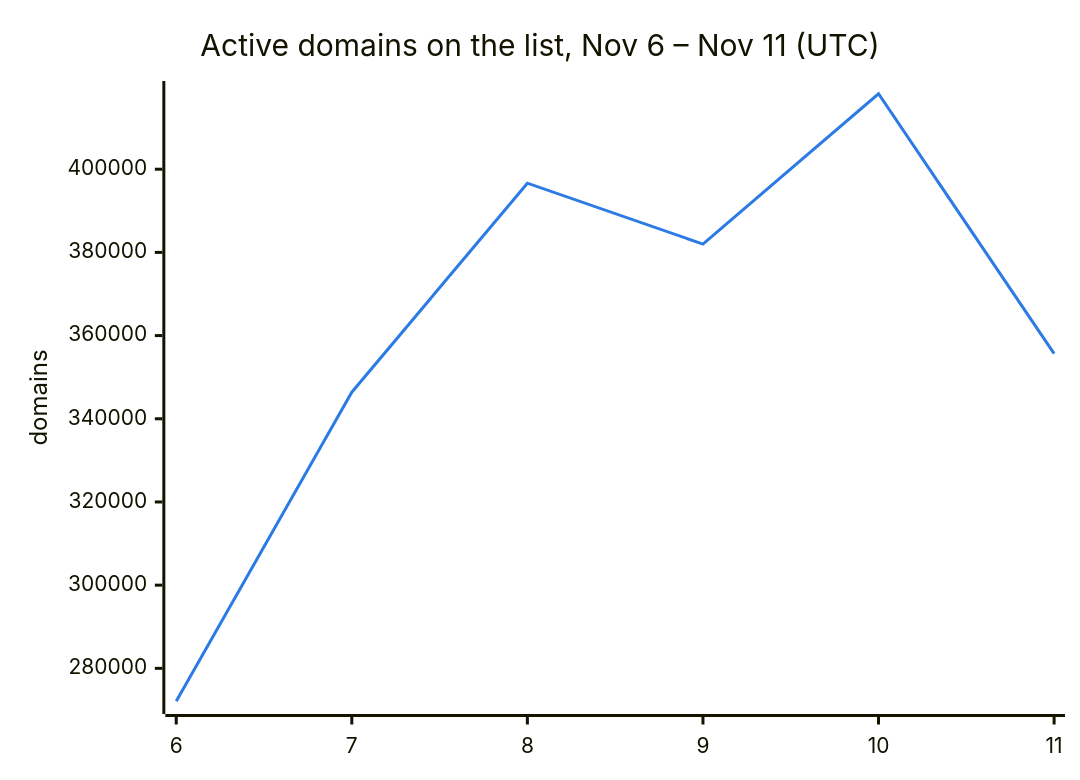
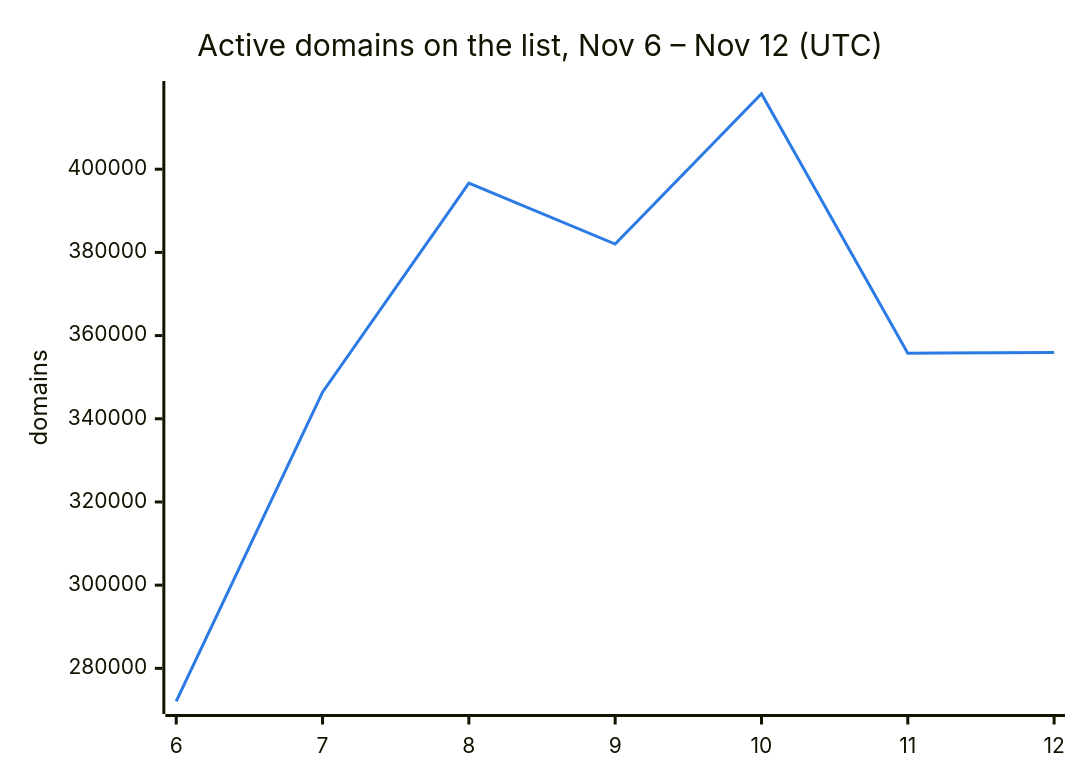
Before and after one commit to DNSBunker/CTI: the second of 3 diagrams in README.md, drawn with Mermaid. The commit also changed other lines of this file and 3 other files, not shown here.

First line of the commit message:
Update 2026-11-12 00:04 UTC: 355913 domains

````diff
--- a/README.md
+++ b/README.md
@@ -38,8 +38,8 @@
 ```mermaid
 %%{init: {"themeVariables": {"xyChart": {"plotColorPalette": "#2c7be5"}}}}%%
 xychart-beta
-    title "Active domains on the list, Nov 6 – Nov 11 (UTC)"
-    x-axis ["6", "7", "8", "9", "10", "11"]
+    title "Active domains on the list, Nov 6 – Nov 12 (UTC)"
+    x-axis ["6", "7", "8", "9", "10", "11", "12"]
     y-axis "domains"
-    line [272088, 346388, 396638, 382009, 418143, 355650]
+    line [272088, 346388, 396638, 382009, 418143, 355765, 355913]
 ```
````
